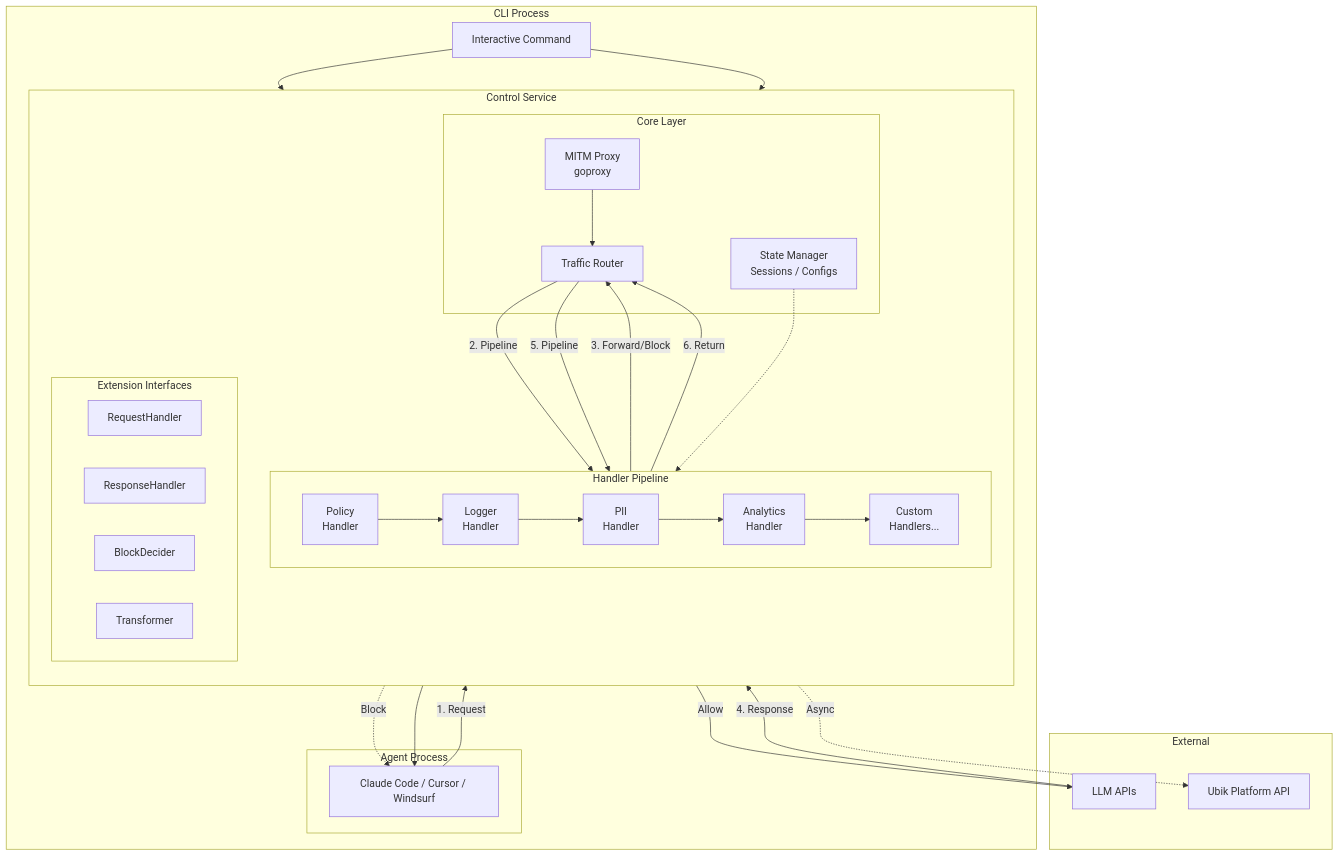
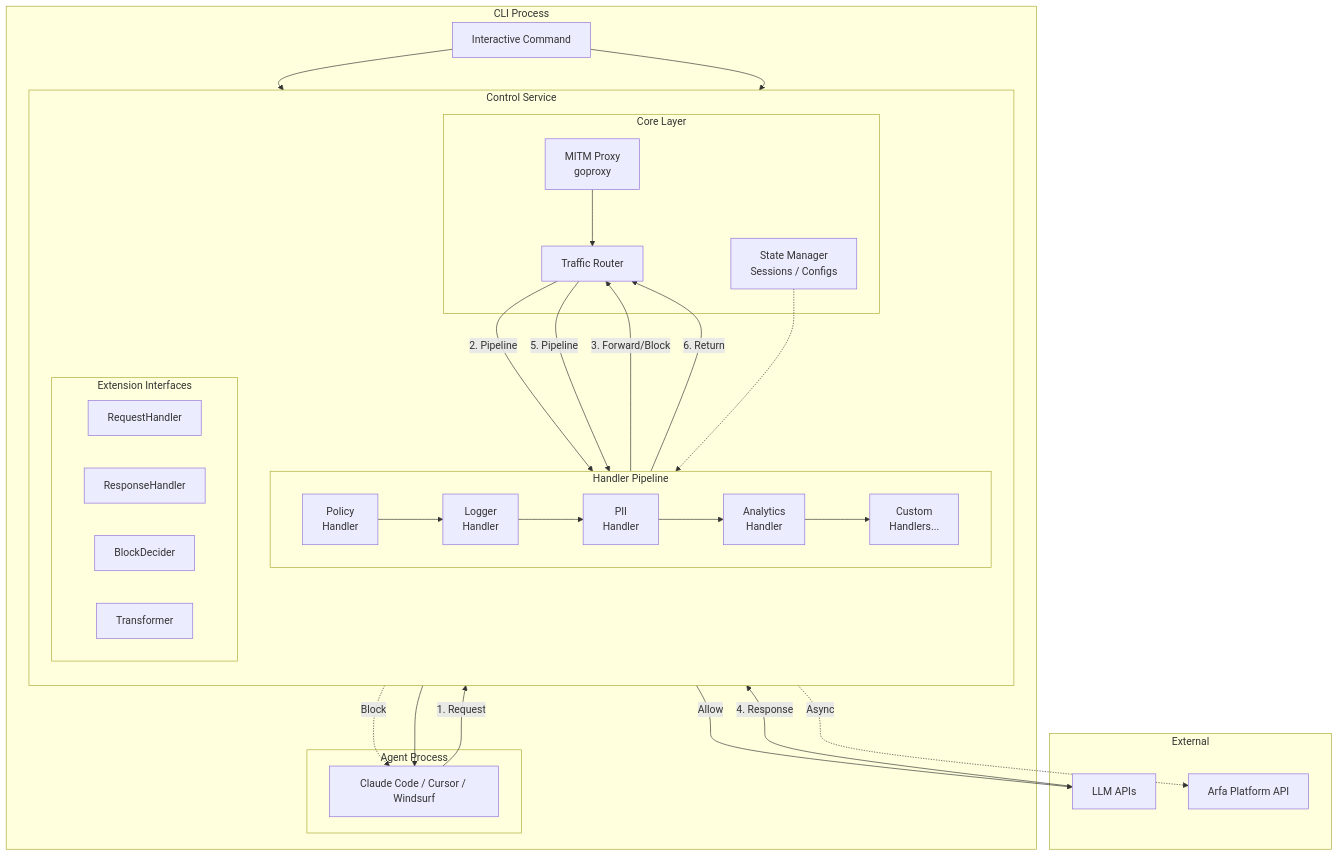
The first of 8 diagrams in docs/architecture/control-service.md (rastrigin-systems/arfa), drawn with Mermaid before and after one commit. The commit also changed other lines of this file and 194 other files, not shown here.

First line of the commit message:
refactor: Rename ubik to arfa throughout codebase (#393)

````diff
--- a/docs/architecture/control-service.md
+++ b/docs/architecture/control-service.md
@@ -16,62 +16,62 @@
 ```mermaid
 flowchart TB
     subgraph CLI["CLI Process"]
         IC[Interactive Command]
 
         subgraph CS["Control Service"]
             direction TB
 
             subgraph Core["Core Layer"]
                 Proxy[MITM Proxy<br/>goproxy]
                 Router[Traffic Router]
                 State[State Manager<br/>Sessions / Configs]
             end
 
             subgraph Pipeline["Handler Pipeline"]
                 direction LR
                 H1[Policy<br/>Handler]
                 H2[Logger<br/>Handler]
                 H3[PII<br/>Handler]
                 H4[Analytics<br/>Handler]
                 HN[Custom<br/>Handlers...]
 
                 H1 --> H2 --> H3 --> H4 --> HN
             end
 
             subgraph Interfaces["Extension Interfaces"]
                 IReq[RequestHandler]
                 IRes[ResponseHandler]
                 IBlock[BlockDecider]
                 ITransform[Transformer]
             end
         end
 
         subgraph Agent["Agent Process"]
             A[Claude Code / Cursor / Windsurf]
         end
     end
 
     subgraph External["External"]
         LLM[LLM APIs]
-        Platform[Ubik Platform API]
+        Platform[Arfa Platform API]
     end
 
     %% Traffic Flow
     IC --> State
     IC --> Proxy
     A -->|"1. Request"| Proxy
     Proxy --> Router
     Router -->|"2. Pipeline"| H1
     HN -->|"3. Forward/Block"| Router
     Router -->|"Allow"| LLM
     Router -.->|"Block"| A
 
     LLM -->|"4. Response"| Router
     Router -->|"5. Pipeline"| H1
     HN -->|"6. Return"| Router
     Router --> A
 
     %% Side Effects
     H2 -.->|"Async"| Platform
     State -.-> Pipeline
 ```
````
